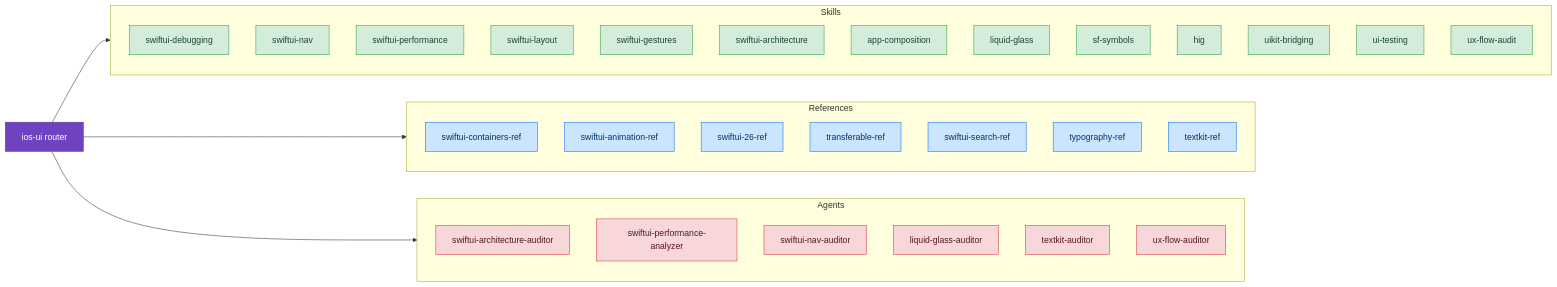
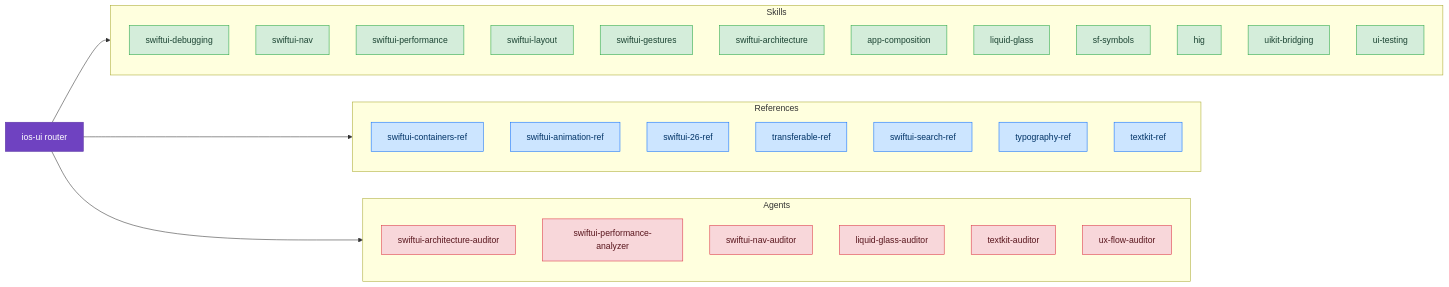
The diagram in docs/skills/ui-design/index.md (CharlesWiltgen/Axiom), drawn with Mermaid before and after one commit. The commit also changed other lines of this file and 8 other files, not shown here.

````diff
--- a/docs/skills/ui-design/index.md
+++ b/docs/skills/ui-design/index.md
@@ -5,48 +5,47 @@
 ```mermaid
 flowchart LR
     classDef router fill:#6f42c1,stroke:#5a32a3,color:#fff
     classDef discipline fill:#d4edda,stroke:#28a745,color:#1b4332
     classDef reference fill:#cce5ff,stroke:#0d6efd,color:#003366
     classDef diagnostic fill:#fff3cd,stroke:#ffc107,color:#664d03
     classDef agent fill:#f8d7da,stroke:#dc3545,color:#58151c
 
     axiom_ios_ui["ios-ui router"]:::router
 
     subgraph skills_d["Skills"]
         swiftui_debugging["swiftui-debugging"]:::discipline
         swiftui_nav["swiftui-nav"]:::discipline
         swiftui_performance["swiftui-performance"]:::discipline
         swiftui_layout["swiftui-layout"]:::discipline
         swiftui_gestures["swiftui-gestures"]:::discipline
         swiftui_architecture["swiftui-architecture"]:::discipline
         app_composition["app-composition"]:::discipline
         liquid_glass["liquid-glass"]:::discipline
         sf_symbols["sf-symbols"]:::discipline
         hig["hig"]:::discipline
         uikit_bridging["uikit-bridging"]:::discipline
         ui_testing["ui-testing"]:::discipline
-        ux_flow_audit["ux-flow-audit"]:::discipline
     end
     axiom_ios_ui --> skills_d
 
     subgraph skills_r["References"]
         swiftui_containers_ref["swiftui-containers-ref"]:::reference
         swiftui_animation_ref["swiftui-animation-ref"]:::reference
         swiftui_26_ref["swiftui-26-ref"]:::reference
         transferable_ref["transferable-ref"]:::reference
         swiftui_search_ref["swiftui-search-ref"]:::reference
         typography_ref["typography-ref"]:::reference
         textkit_ref["textkit-ref"]:::reference
     end
     axiom_ios_ui --> skills_r
 
     subgraph agents_sg["Agents"]
         agent_arch["swiftui-architecture-auditor"]:::agent
         agent_perf["swiftui-performance-analyzer"]:::agent
         agent_nav["swiftui-nav-auditor"]:::agent
         agent_lg["liquid-glass-auditor"]:::agent
         agent_tk["textkit-auditor"]:::agent
         agent_ux["ux-flow-auditor"]:::agent
     end
     axiom_ios_ui --> agents_sg
 ```
````
